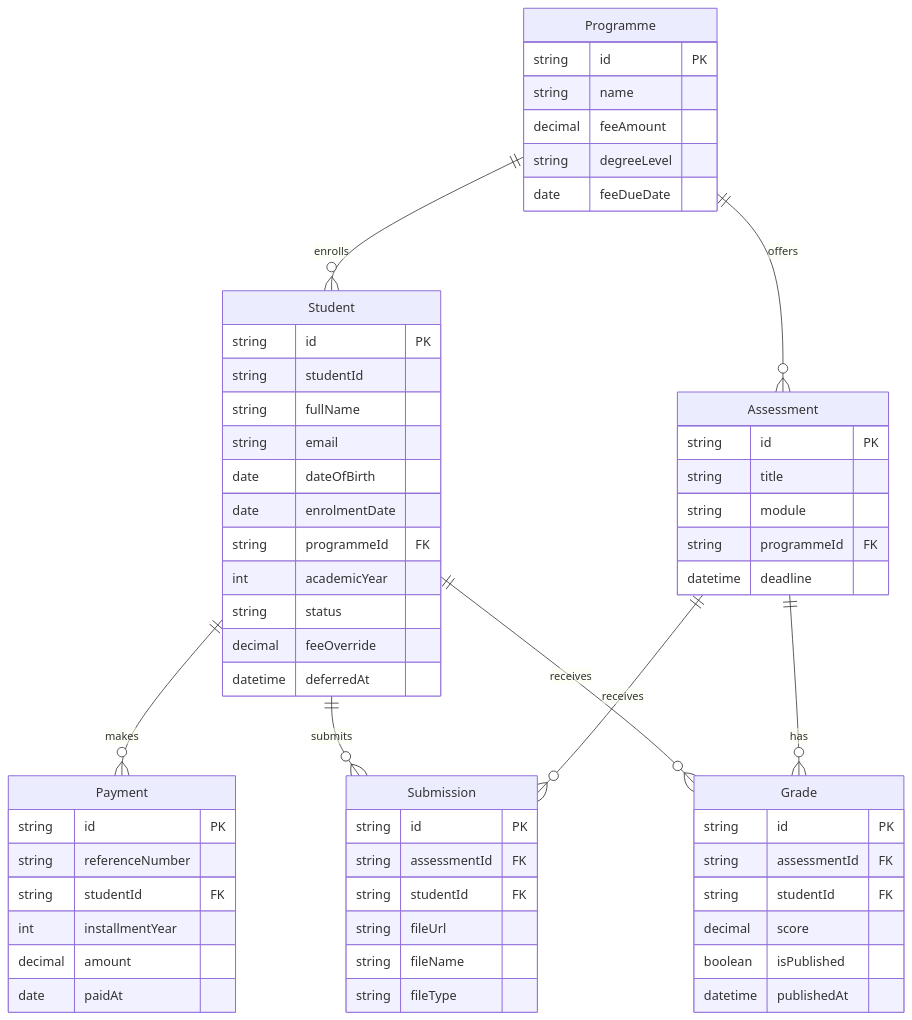
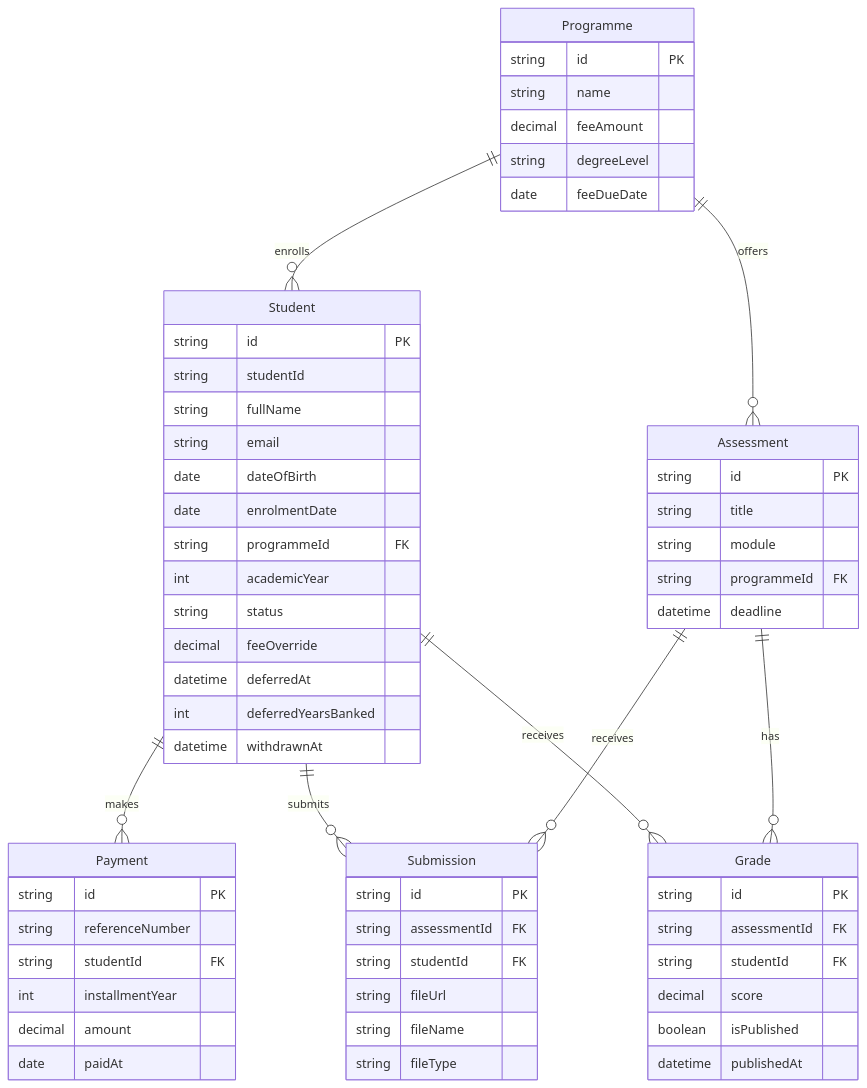
One commit to thinkGrow/sms-registry changed the diagram in README.md. Above: the diagram before and after it, drawn with Mermaid. The commit also changed other lines of this file and 1 other file, not shown here.

Commit message:
docs: log withdrawal, banked deferrals, effective status, and policy page

````diff
--- a/README.md
+++ b/README.md
@@ -19,61 +19,63 @@
 ```mermaid
 erDiagram
     Programme ||--o{ Student : enrolls
     Student ||--o{ Payment : makes
     Programme ||--o{ Assessment : offers
     Student ||--o{ Submission : submits
     Assessment ||--o{ Submission : receives
     Student ||--o{ Grade : receives
     Assessment ||--o{ Grade : has
     Programme {
         string id PK
         string name
         decimal feeAmount
         string degreeLevel
         date feeDueDate
     }
     Student {
         string id PK
         string studentId
         string fullName
         string email
         date dateOfBirth
         date enrolmentDate
         string programmeId FK
         int academicYear
         string status
         decimal feeOverride
         datetime deferredAt
+        int deferredYearsBanked
+        datetime withdrawnAt
     }
     Payment {
         string id PK
         string referenceNumber
         string studentId FK
         int installmentYear
         decimal amount
         date paidAt
     }
     Assessment {
         string id PK
         string title
         string module
         string programmeId FK
         datetime deadline
     }
     Submission {
         string id PK
         string assessmentId FK
         string studentId FK
         string fileUrl
         string fileName
         string fileType
     }
     Grade {
         string id PK
         string assessmentId FK
         string studentId FK
         decimal score
         boolean isPublished
         datetime publishedAt
     }
 ```
````
